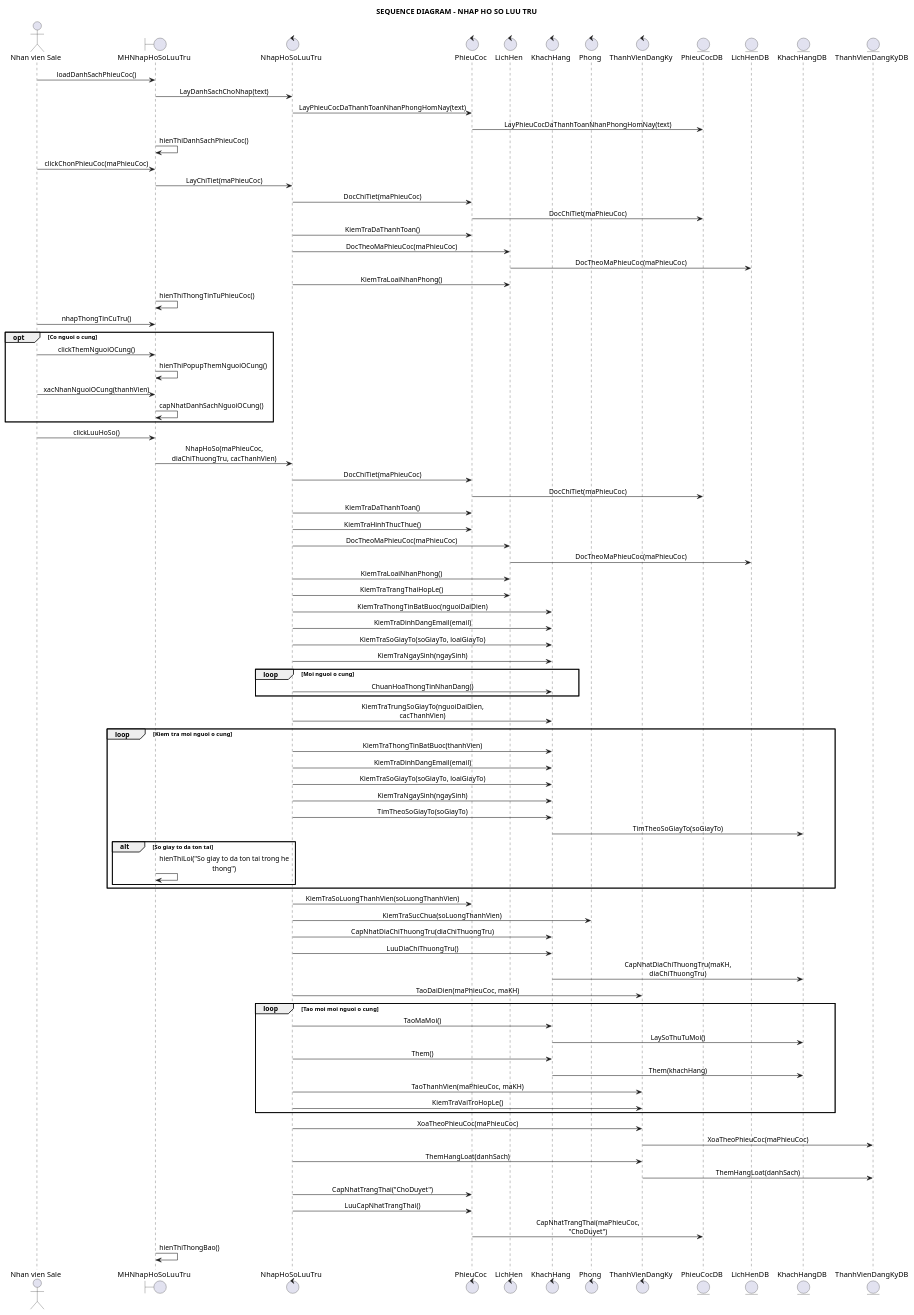
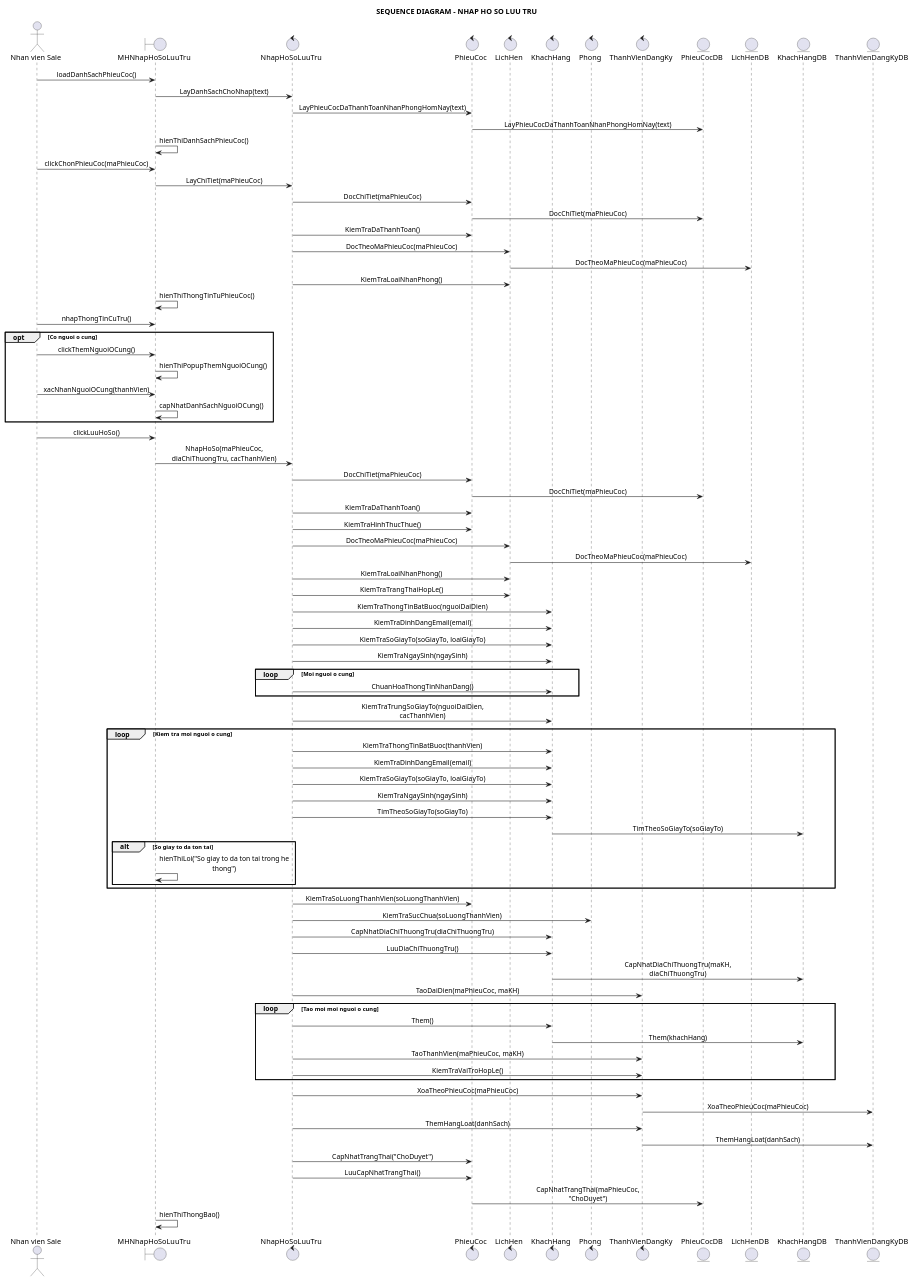
One commit to Ming1309/HomeStay-Dorm changed the diagram in docs/uml/nhap-ho-so-luu-tru-sequence.puml. Above: the diagram before and after it, drawn with PlantUML. The commit also changed 73 other files, not shown here.

Commit message:
feat(database): implement standardized sequential ID generation using DB sequences

```diff
--- a/docs/uml/nhap-ho-so-luu-tru-sequence.puml
+++ b/docs/uml/nhap-ho-so-luu-tru-sequence.puml
@@ -1,102 +1,100 @@
 @startuml UC11_SequenceDiagram_NhapHoSoLuuTru
 title SEQUENCE DIAGRAM - NHAP HO SO LUU TRU
 
 skinparam sequenceMessageAlign center
 skinparam maxMessageSize 250
 skinparam BoxPadding 10
 
 actor "Nhan vien Sale" as NV
 boundary "MHNhapHoSoLuuTru" as MH
 control "NhapHoSoLuuTru" as UC
 control "PhieuCoc" as PhieuCoc
 control "LichHen" as LichHen
 control "KhachHang" as KhachHang
 control "Phong" as Phong
 control "ThanhVienDangKy" as ThanhVienDangKy
 entity "PhieuCocDB" as PhieuCocDB
 entity "LichHenDB" as LichHenDB
 entity "KhachHangDB" as KhachHangDB
 entity "ThanhVienDangKyDB" as ThanhVienDangKyDB
 
 NV -> MH : loadDanhSachPhieuCoc()
 MH -> UC : LayDanhSachChoNhap(text)
 UC -> PhieuCoc : LayPhieuCocDaThanhToanNhanPhongHomNay(text)
 PhieuCoc -> PhieuCocDB : LayPhieuCocDaThanhToanNhanPhongHomNay(text)
 MH -> MH : hienThiDanhSachPhieuCoc()
 
 NV -> MH : clickChonPhieuCoc(maPhieuCoc)
 MH -> UC : LayChiTiet(maPhieuCoc)
 UC -> PhieuCoc : DocChiTiet(maPhieuCoc)
 PhieuCoc -> PhieuCocDB : DocChiTiet(maPhieuCoc)
 UC -> PhieuCoc : KiemTraDaThanhToan()
 UC -> LichHen : DocTheoMaPhieuCoc(maPhieuCoc)
 LichHen -> LichHenDB : DocTheoMaPhieuCoc(maPhieuCoc)
 UC -> LichHen : KiemTraLoaiNhanPhong()
 MH -> MH : hienThiThongTinTuPhieuCoc()
 
 NV -> MH : nhapThongTinCuTru()
 opt Co nguoi o cung
   NV -> MH : clickThemNguoiOCung()
   MH -> MH : hienThiPopupThemNguoiOCung()
   NV -> MH : xacNhanNguoiOCung(thanhVien)
   MH -> MH : capNhatDanhSachNguoiOCung()
 end
 
 NV -> MH : clickLuuHoSo()
 MH -> UC : NhapHoSo(maPhieuCoc, diaChiThuongTru, cacThanhVien)
 UC -> PhieuCoc : DocChiTiet(maPhieuCoc)
 PhieuCoc -> PhieuCocDB : DocChiTiet(maPhieuCoc)
 UC -> PhieuCoc : KiemTraDaThanhToan()
 UC -> PhieuCoc : KiemTraHinhThucThue()
 UC -> LichHen : DocTheoMaPhieuCoc(maPhieuCoc)
 LichHen -> LichHenDB : DocTheoMaPhieuCoc(maPhieuCoc)
 UC -> LichHen : KiemTraLoaiNhanPhong()
 UC -> LichHen : KiemTraTrangThaiHopLe()
 UC -> KhachHang : KiemTraThongTinBatBuoc(nguoiDaiDien)
 UC -> KhachHang : KiemTraDinhDangEmail(email)
 UC -> KhachHang : KiemTraSoGiayTo(soGiayTo, loaiGiayTo)
 UC -> KhachHang : KiemTraNgaySinh(ngaySinh)
 
 loop Moi nguoi o cung
   UC -> KhachHang : ChuanHoaThongTinNhanDang()
 end
 UC -> KhachHang : KiemTraTrungSoGiayTo(nguoiDaiDien, cacThanhVien)
 
 loop Kiem tra moi nguoi o cung
   UC -> KhachHang : KiemTraThongTinBatBuoc(thanhVien)
   UC -> KhachHang : KiemTraDinhDangEmail(email)
   UC -> KhachHang : KiemTraSoGiayTo(soGiayTo, loaiGiayTo)
   UC -> KhachHang : KiemTraNgaySinh(ngaySinh)
   UC -> KhachHang : TimTheoSoGiayTo(soGiayTo)
   KhachHang -> KhachHangDB : TimTheoSoGiayTo(soGiayTo)
   alt So giay to da ton tai
     MH -> MH : hienThiLoi("So giay to da ton tai trong he thong")
   end
 end
 
 UC -> PhieuCoc : KiemTraSoLuongThanhVien(soLuongThanhVien)
 UC -> Phong : KiemTraSucChua(soLuongThanhVien)
 UC -> KhachHang : CapNhatDiaChiThuongTru(diaChiThuongTru)
 UC -> KhachHang : LuuDiaChiThuongTru()
 KhachHang -> KhachHangDB : CapNhatDiaChiThuongTru(maKH, diaChiThuongTru)
 UC -> ThanhVienDangKy : TaoDaiDien(maPhieuCoc, maKH)
 
 loop Tao moi moi nguoi o cung
-  UC -> KhachHang : TaoMaMoi()
-  KhachHang -> KhachHangDB : LaySoThuTuMoi()
   UC -> KhachHang : Them()
   KhachHang -> KhachHangDB : Them(khachHang)
   UC -> ThanhVienDangKy : TaoThanhVien(maPhieuCoc, maKH)
   UC -> ThanhVienDangKy : KiemTraVaiTroHopLe()
 end
 
 UC -> ThanhVienDangKy : XoaTheoPhieuCoc(maPhieuCoc)
 ThanhVienDangKy -> ThanhVienDangKyDB : XoaTheoPhieuCoc(maPhieuCoc)
 UC -> ThanhVienDangKy : ThemHangLoat(danhSach)
 ThanhVienDangKy -> ThanhVienDangKyDB : ThemHangLoat(danhSach)
 UC -> PhieuCoc : CapNhatTrangThai("ChoDuyet")
 UC -> PhieuCoc : LuuCapNhatTrangThai()
 PhieuCoc -> PhieuCocDB : CapNhatTrangThai(maPhieuCoc, "ChoDuyet")
 MH -> MH : hienThiThongBao()
 
 @enduml
```
